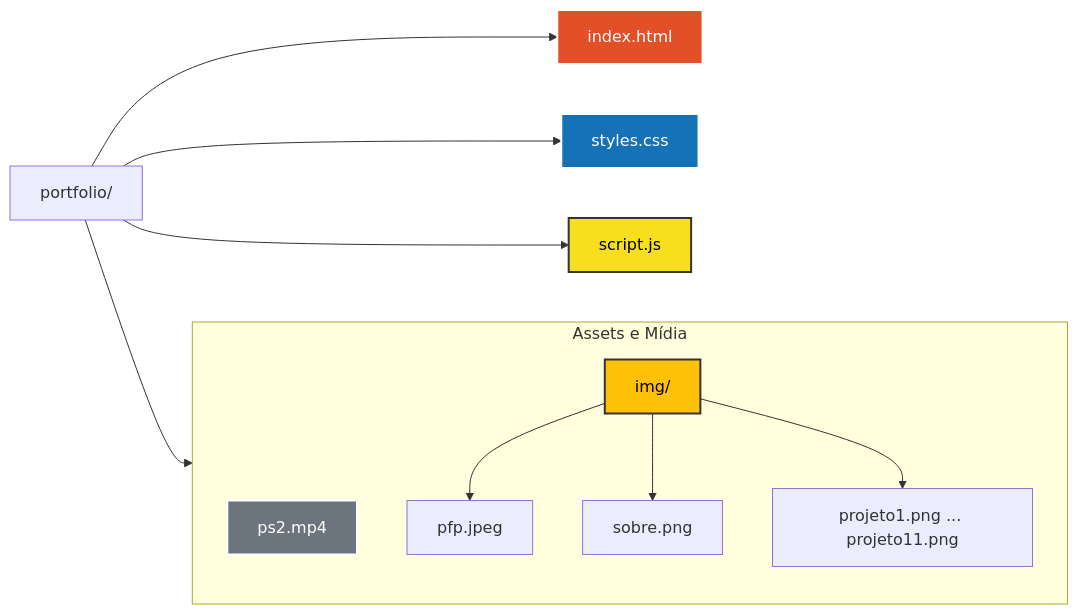
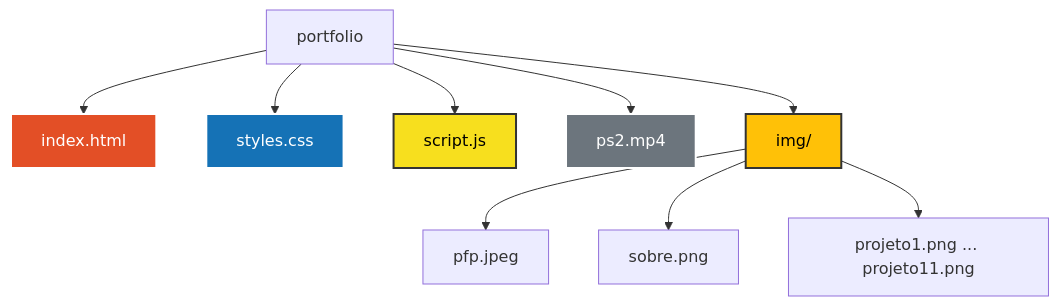
The diagram in README.md (AliceSilva2012/portfolio), drawn with Mermaid before and after one commit.

Commit message:
Update file structure diagram in README.md

````diff
--- a/README.md
+++ b/README.md
@@ -76,20 +76,17 @@
 ```mermaid
-graph LR
-    Root[portfolio/] --> HTML[index.html]
-    Root --> CSS[styles.css]
-    Root --> JS[script.js]
-    Root --> Media[Assets e Mídia]
+graph TD
+    A[portfolio] --> B[index.html]
+    A --> C[styles.css]
+    A --> D[script.js]
+    A --> E[ps2.mp4]
+    A --> F[img/]
+    F --> G[pfp.jpeg]
+    F --> H[sobre.png]
+    F --> I[projeto1.png ... projeto11.png]
 
-    subgraph Media [Assets e Mídia]
-        Video[ps2.mp4]
-        ImgDir[img/] --> Pfp[pfp.jpeg]
-        ImgDir --> Sobre[sobre.png]
-        ImgDir --> Cards[projeto1.png ... projeto11.png]
-    end
-
-    style HTML fill:#e34f26,stroke:#fff,stroke-width:2px,color:#fff
-    style CSS fill:#1572b6,stroke:#fff,stroke-width:2px,color:#fff
-    style JS fill:#f7df1e,stroke:#333,stroke-width:2px,color:#000
-    style Video fill:#6c757d,stroke:#fff,stroke-width:2px,color:#fff
-    style ImgDir fill:#ffc107,stroke:#333,stroke-width:2px,color:#000
+    style B fill:#e34f26,stroke:#fff,stroke-width:2px,color:#fff
+    style C fill:#1572b6,stroke:#fff,stroke-width:2px,color:#fff
+    style D fill:#f7df1e,stroke:#333,stroke-width:2px,color:#000
+    style E fill:#6c757d,stroke:#fff,stroke-width:2px,color:#fff
+    style F fill:#ffc107,stroke:#333,stroke-width:2px,color:#000
 ```
````
